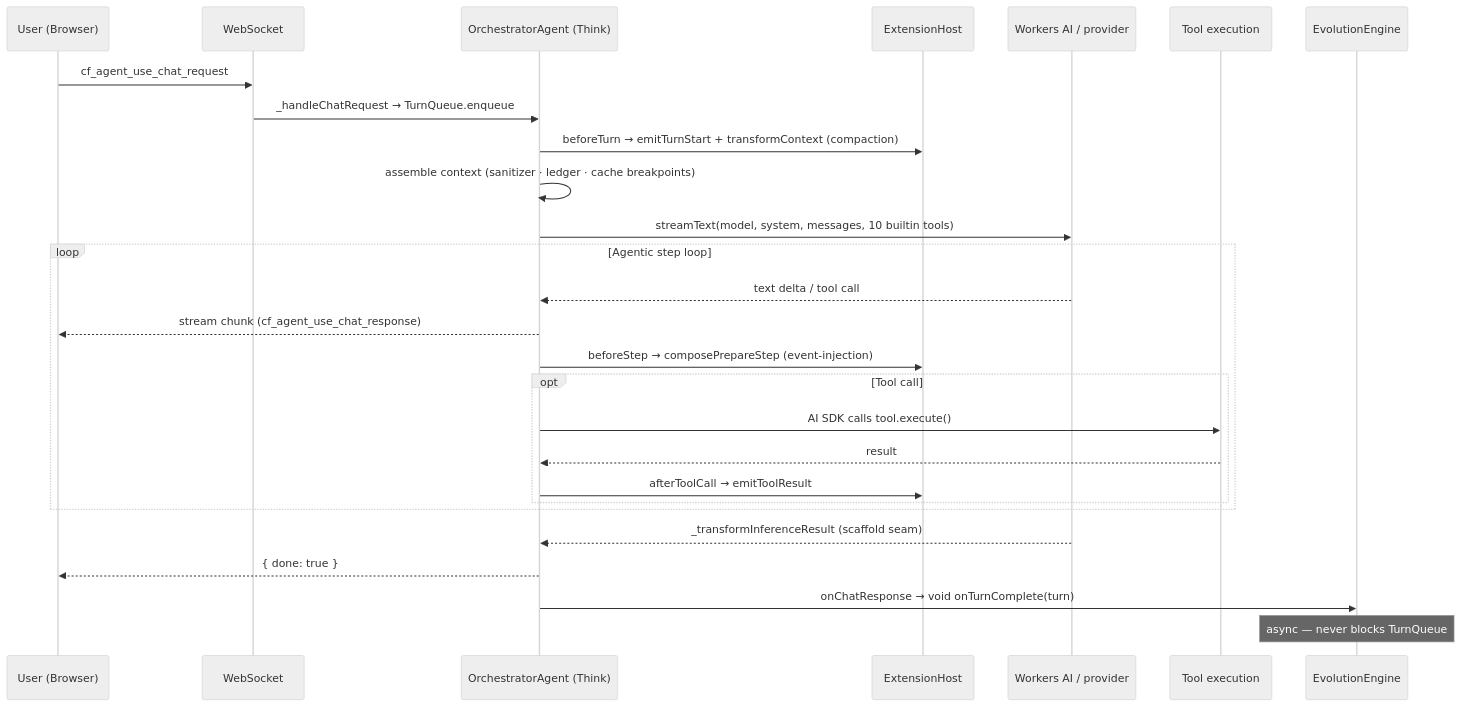
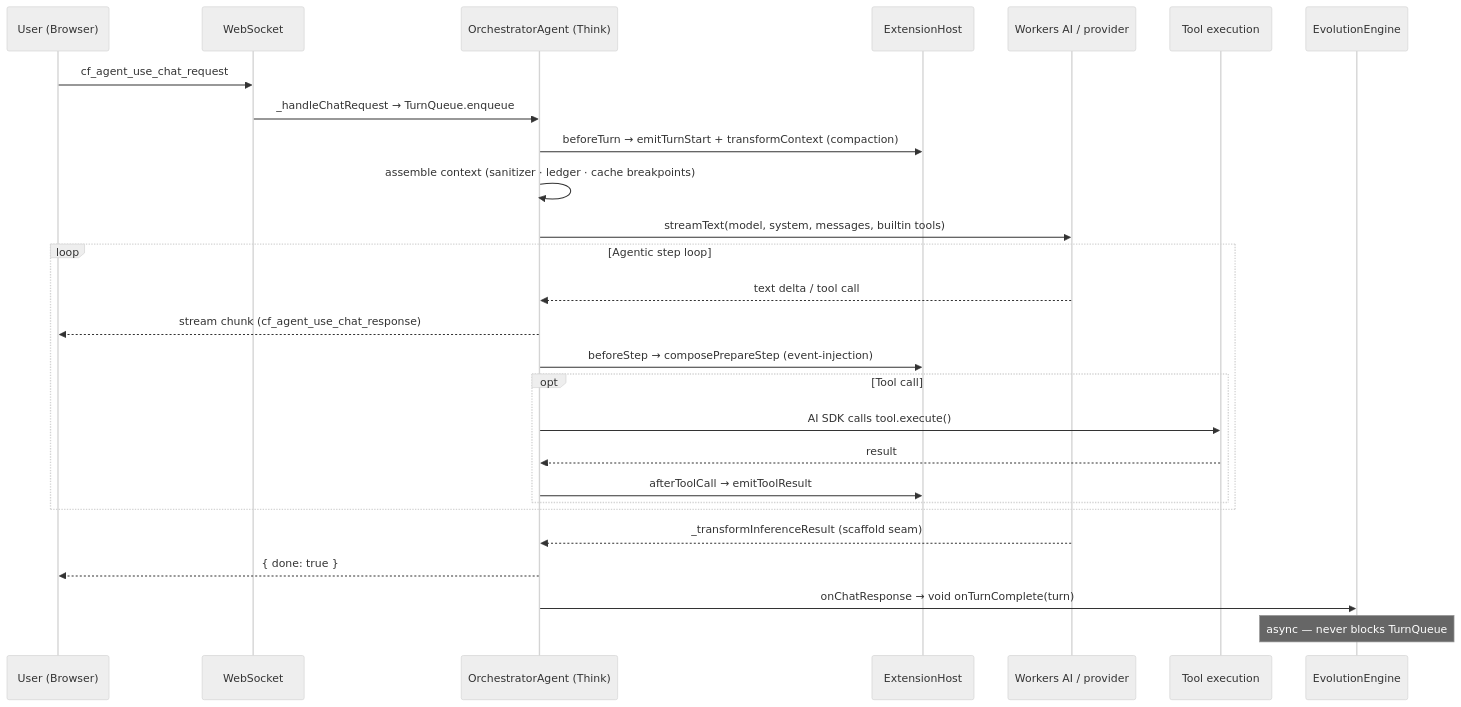
The fourth of 5 diagrams in docs/ARCHITECTURE.md (AshishKumar4/Proteus), drawn with Mermaid (neutral theme) before and after one commit. The commit also changed other lines of this file and 16 other files, not shown here.

````diff
--- a/docs/ARCHITECTURE.md
+++ b/docs/ARCHITECTURE.md
@@ -128,30 +218,30 @@
 ```mermaid
 sequenceDiagram
     participant U as User (Browser)
     participant WS as WebSocket
     participant T as OrchestratorAgent (Think)
     participant X as ExtensionHost
     participant LLM as Workers AI / provider
     participant Tools as Tool execution
     participant Evo as EvolutionEngine
 
     U->>WS: cf_agent_use_chat_request
     WS->>T: _handleChatRequest → TurnQueue.enqueue
     T->>X: beforeTurn → emitTurnStart + transformContext (compaction)
     T->>T: assemble context (sanitizer · ledger · cache breakpoints)
-    T->>LLM: streamText(model, system, messages, 10 builtin tools)
+    T->>LLM: streamText(model, system, messages, builtin tools)
     loop Agentic step loop
         LLM-->>T: text delta / tool call
         T-->>U: stream chunk (cf_agent_use_chat_response)
         T->>X: beforeStep → composePrepareStep (event-injection)
         opt Tool call
             T->>Tools: AI SDK calls tool.execute()
             Tools-->>T: result
             T->>X: afterToolCall → emitToolResult
         end
     end
     LLM-->>T: _transformInferenceResult (scaffold seam)
     T-->>U: { done: true }
     T->>Evo: onChatResponse → void onTurnComplete(turn)
     Note over Evo: async — never blocks TurnQueue
 ```
````
